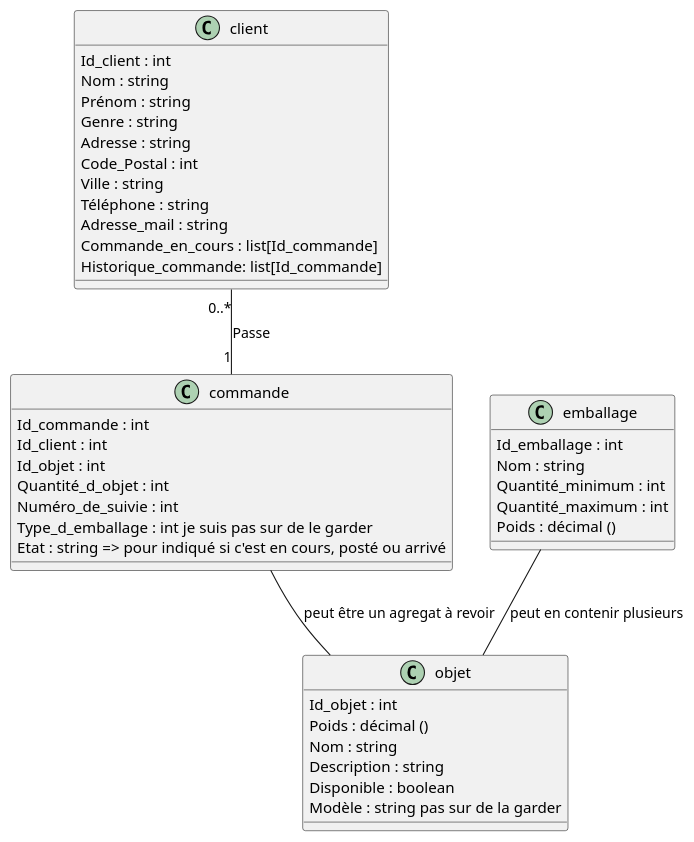
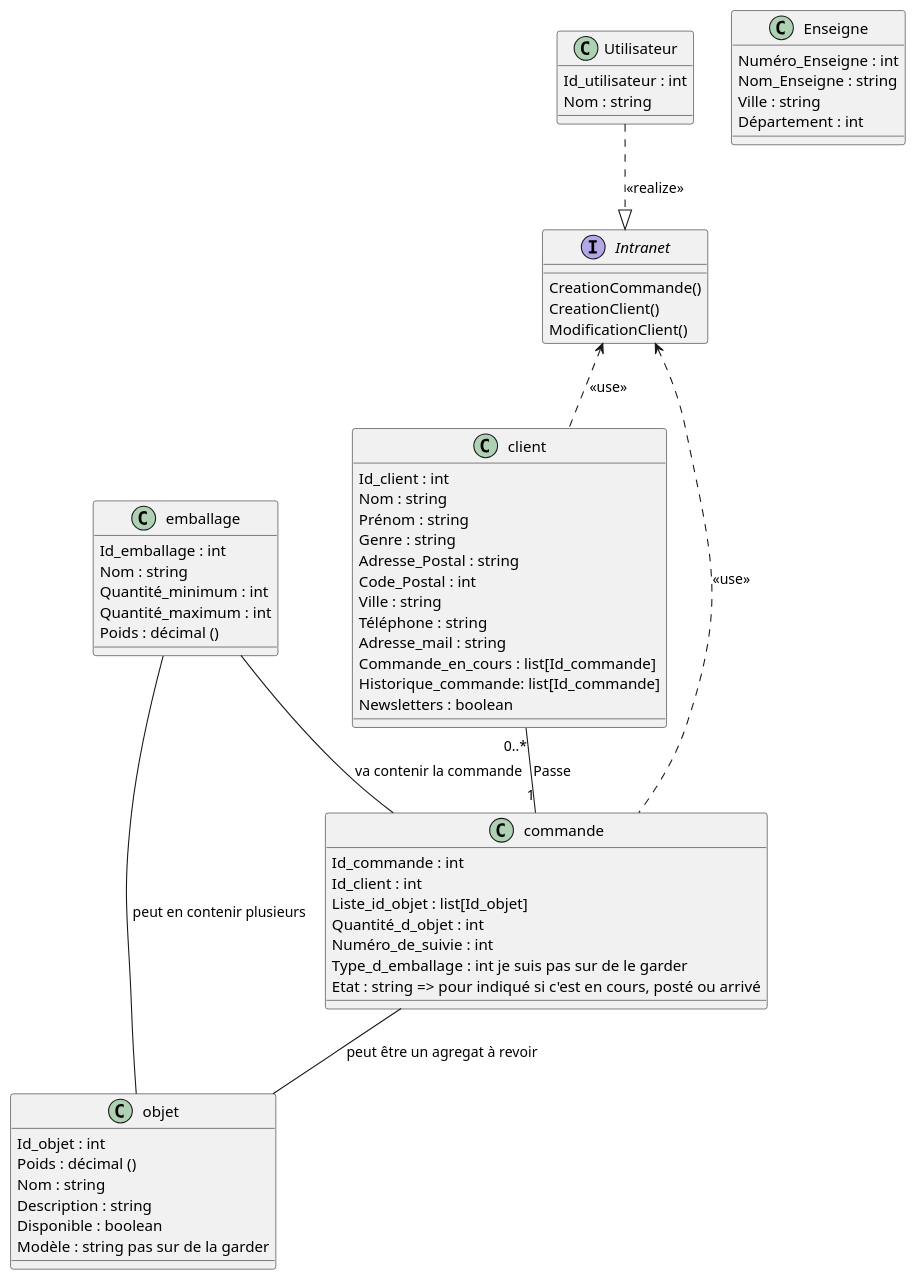
One commit to Bluwen/Conception_d_une_application_informatique changed the diagram in Classe.puml. Above: the diagram before and after it, drawn with PlantUML. The commit also changed 1 other file, not shown here.

Commit message:
Deuxième version des diagrammes

```diff
--- a/Classe.puml
+++ b/Classe.puml
@@ -1,48 +1,72 @@
 @startuml class brooullion
 
 class client {
     Id_client : int
     Nom : string
     Prénom : string
     Genre : string
-    Adresse : string
+    Adresse_Postal : string
     Code_Postal : int
     Ville : string
     Téléphone : string
     Adresse_mail : string
     Commande_en_cours : list[Id_commande]
     Historique_commande: list[Id_commande]
+    Newsletters : boolean
 }
 
 class commande {
     Id_commande : int
     Id_client : int
-    Id_objet : int
+    Liste_id_objet : list[Id_objet]
     Quantité_d_objet : int
     Numéro_de_suivie : int
     Type_d_emballage : int je suis pas sur de le garder
     Etat : string => pour indiqué si c'est en cours, posté ou arrivé
 
 }
 
 class objet {
     Id_objet : int
     {field} Poids : décimal ()
     Nom : string
     Description : string
     Disponible : boolean
     Modèle : string pas sur de la garder
 }
 
 class emballage {
     Id_emballage : int
     Nom : string
     Quantité_minimum : int
     Quantité_maximum : int
     {field} Poids : décimal ()
 }
 
+class Enseigne {
+    Numéro_Enseigne : int
+    Nom_Enseigne : string
+    Ville : string
+    Département : int
+}
+
+class Utilisateur {
+    Id_utilisateur : int
+    Nom : string
+}
+
+interface Intranet {
+    CreationCommande()
+    CreationClient()
+    ModificationClient()
+}
+
 client "0..*" -- "1" commande : Passe
 commande -- objet : peut être un agregat à revoir
 emballage -- objet : peut en contenir plusieurs
+emballage -- commande : va contenir la commande
+
+Utilisateur ..|> Intranet : <<realize>>
+Intranet <.. client : <<use>>
+Intranet <.. commande : <<use>>
 @enduml
```
